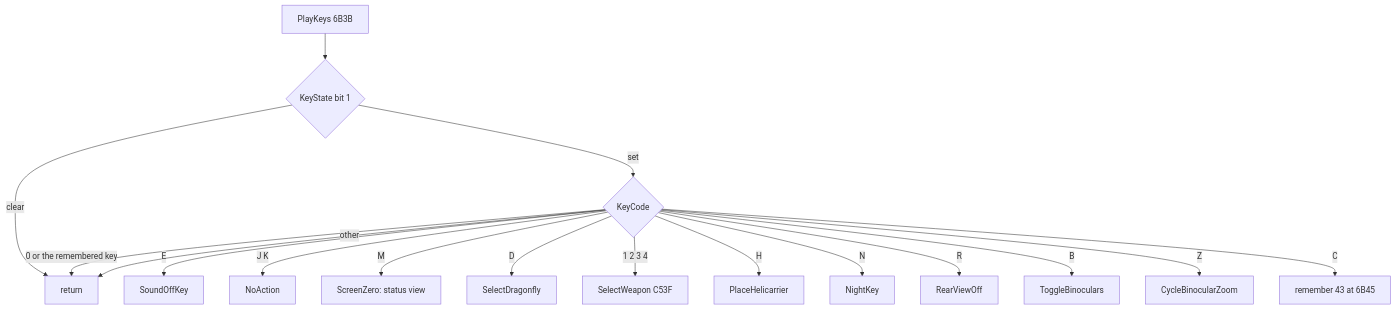
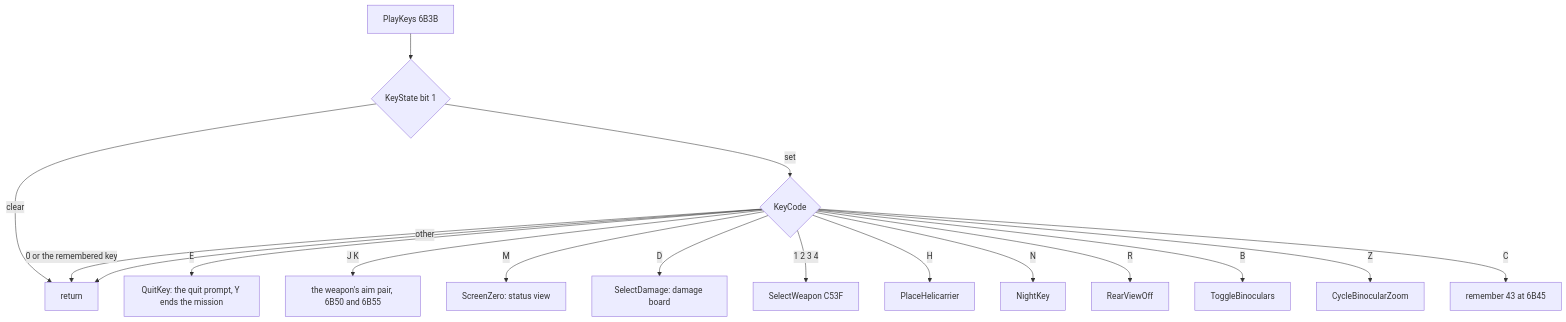
Before and after one commit to alfishe/unrealng-reverse-cases: diagram 11 of 11 in games/battle-command/docs/05-controls.md, drawn with Mermaid. The commit also changed other lines of this file and 75 other files, not shown here.

````diff
--- a/games/battle-command/docs/05-controls.md
+++ b/games/battle-command/docs/05-controls.md
@@ -1010,19 +1161,19 @@
 ```mermaid
 flowchart TD
   A["PlayKeys 6B3B"] --> B{"KeyState bit 1"}
   B -->|clear| R["return"]
   B -->|set| C{"KeyCode"}
   C -->|"0 or the remembered key"| R
-  C -->|E| E1["SoundOffKey"]
-  C -->|"J K"| E2["NoAction"]
+  C -->|E| E1["QuitKey: the quit prompt, Y ends the mission"]
+  C -->|"J K"| E2["the weapon's aim pair, 6B50 and 6B55"]
   C -->|M| E3["ScreenZero: status view"]
-  C -->|D| E4["SelectDragonfly"]
+  C -->|D| E4["SelectDamage: damage board"]
   C -->|"1 2 3 4"| E5["SelectWeapon C53F"]
   C -->|H| E6["PlaceHelicarrier"]
   C -->|N| E7["NightKey"]
   C -->|R| E8["RearViewOff"]
   C -->|B| E9["ToggleBinoculars"]
   C -->|Z| E10["CycleBinocularZoom"]
   C -->|C| E11["remember 43 at 6B45"]
   C -->|other| R
 ```
````
